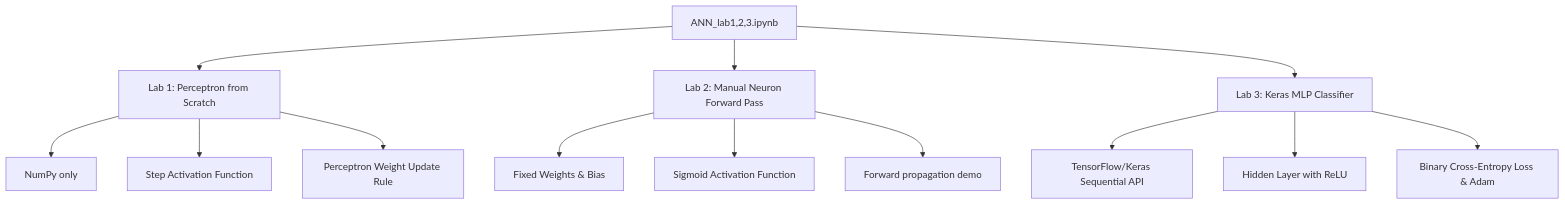
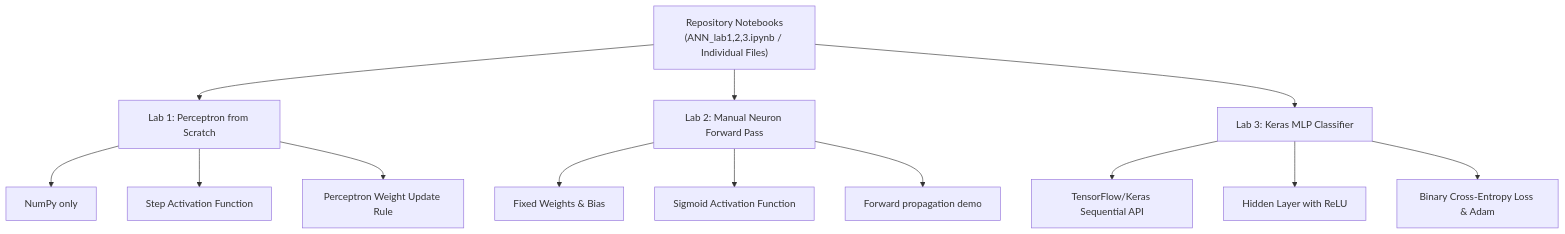
One commit to heavens7above/annlab123 changed the diagram in README.md. Above: the diagram before and after it, drawn with Mermaid. The commit also changed other lines of this file and 3 other files, not shown here.

Commit message:
Split combined notebook into individual lab files and update README

````diff
--- a/README.md
+++ b/README.md
@@ -34,18 +40,18 @@
 ```mermaid
 graph TD
-    A[ANN_lab1,2,3.ipynb] --> B[Lab 1: Perceptron from Scratch]
+    A["Repository Notebooks<br>(ANN_lab1,2,3.ipynb / Individual Files)"] --> B[Lab 1: Perceptron from Scratch]
     A --> C[Lab 2: Manual Neuron Forward Pass]
     A --> D[Lab 3: Keras MLP Classifier]
     
     B --> B1[NumPy only]
     B --> B2[Step Activation Function]
     B --> B3[Perceptron Weight Update Rule]
     
     C --> C1[Fixed Weights & Bias]
     C --> C2[Sigmoid Activation Function]
     C --> C3[Forward propagation demo]
     
     D --> D1[TensorFlow/Keras Sequential API]
     D --> D2[Hidden Layer with ReLU]
     D --> D3[Binary Cross-Entropy Loss & Adam]
 ```
````
